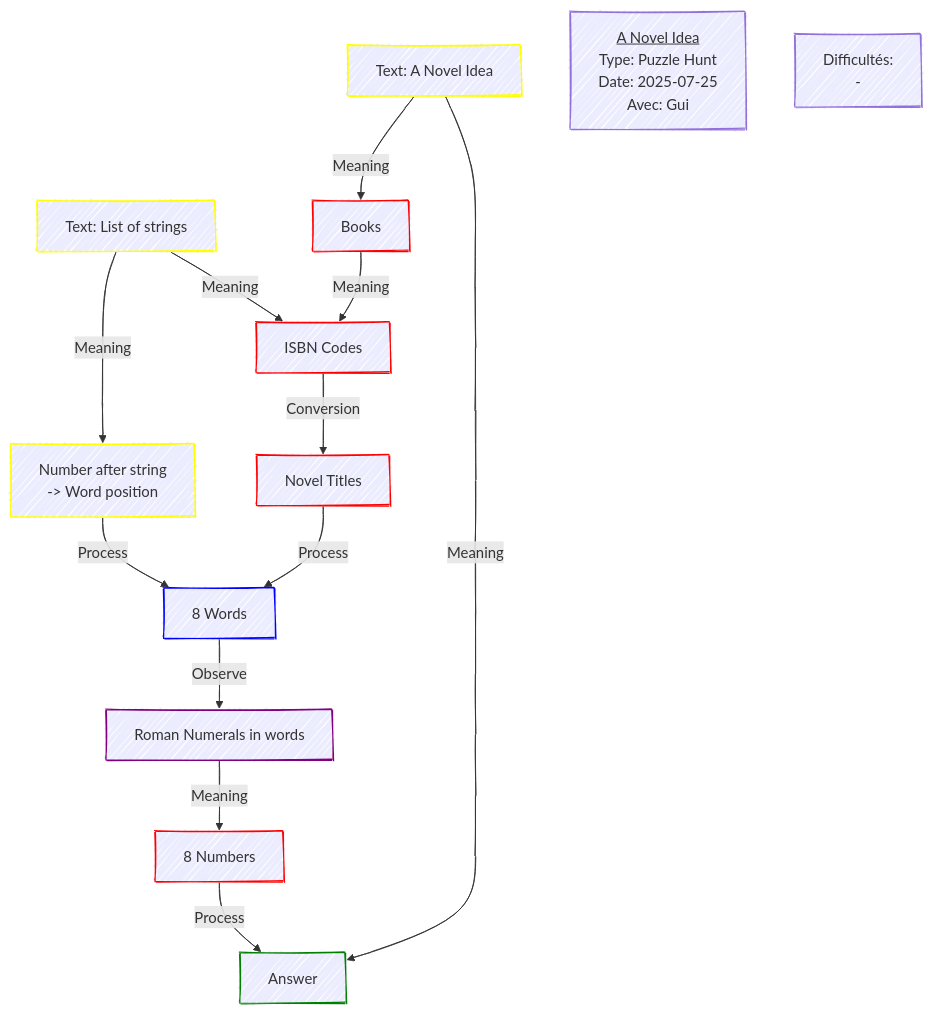
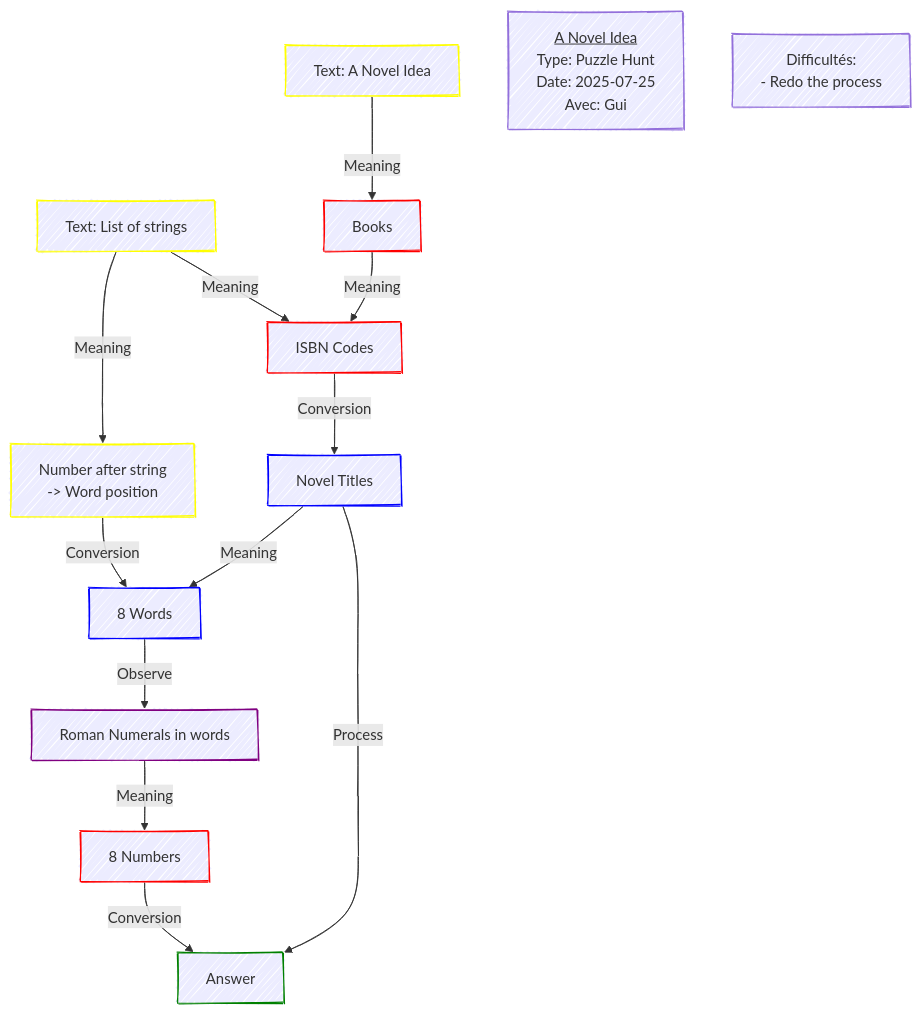
The diagram in src/assets/puzzle/Glyph1-1.7.md (evadesencavale/chilibijou), drawn with Mermaid before and after one commit. The commit also changed 1 other file, not shown here.

Commit message:
WIP: Glyph1-1.8

````diff
--- a/src/assets/puzzle/Glyph1-1.7.md
+++ b/src/assets/puzzle/Glyph1-1.7.md
@@ -1,67 +1,67 @@
 ```mermaid
 ---
 config:
   look: handDrawn
 ---
 flowchart TD
     NOVEL[Text: A Novel Idea]
     style NOVEL stroke:yellow
 
     TEXT[Text: List of strings]
     style TEXT stroke:yellow
 
     NO[Number after string
         -> Word position]
     style NO stroke:yellow
 
     BOOK[Books]
     style BOOK stroke:red
 
     NOVEL --> |Meaning| BOOK
     TEXT --> |Meaning| NO
 
     ISBN[ISBN Codes]
     style ISBN stroke:red
 
     BOOK --> |Meaning| ISBN
     TEXT --> |Meaning| ISBN
 
     NT[Novel Titles]
-    style NT stroke:red
+    style NT stroke:blue
 
     ISBN --> |Conversion| NT
 
     WORDS[8 Words]
     style WORDS stroke:blue
 
-    NO --> |Process| WORDS
-    NT --> |Process| WORDS
+    NO --> |Conversion| WORDS
+    NT --> |Meaning| WORDS
 
     RN[Roman Numerals in words]
     style RN stroke:purple
 
     WORDS --> |Observe| RN
 
     NUMB[8 Numbers]
 
     RN --> |Meaning| NUMB
 
-    NUMB --> |Process| Answer
-    NOVEL --> |Meaning| Answer
+    NUMB --> |Conversion| Answer
+    NT --> |Process| Answer
 
     Answer
     style Answer stroke:green
     style NUMB stroke:red
 
 %%%%%%%%%%%%%%%%%%%%%%%%%%%%%%%%%%%%%%%%%%%%
 
   INFO[<u>A Novel Idea</u>
     Type: Puzzle Hunt
     Date: 2025-07-25
     Avec: Gui]
   click INFO href "https://g1.glyph.wtf/hunt/ep/1/pz/7/" "A Novel Idea"
   DIFF[Difficultés:
-    -
+    - Redo the process
   ]
 %%%%%%%%%%%%%%%%%%%%%%%%%%%%%%%%%%%%%%%%%%%%
 ```
````
